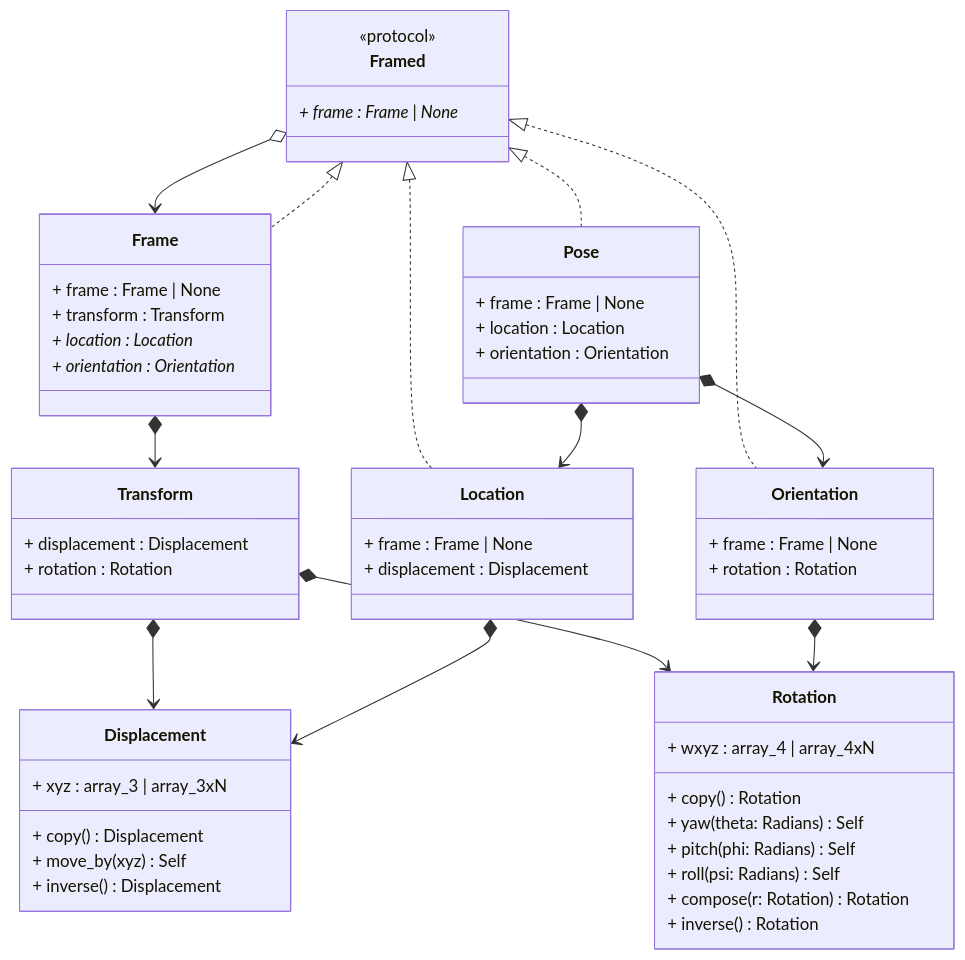
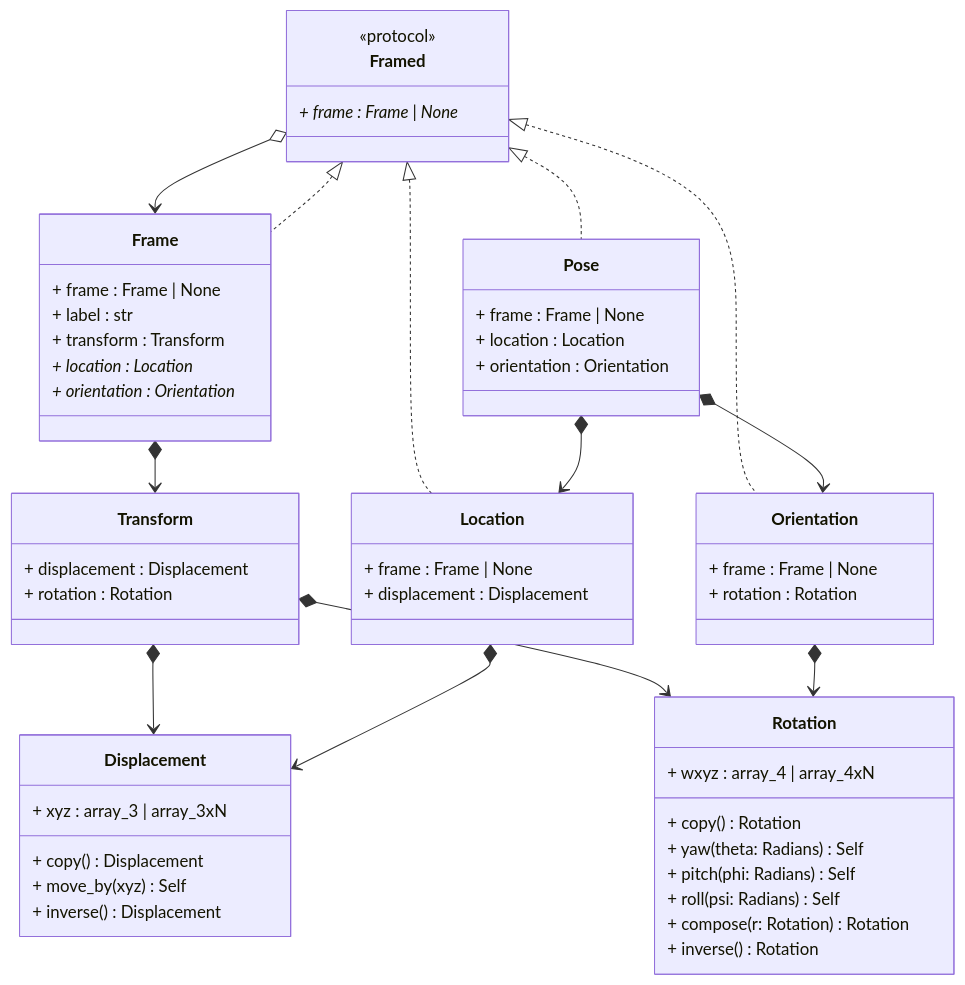
One commit to thousandbrainsproject/tbp.monty changed the diagram in src/tbp/monty/pose.md. Above: the diagram before and after it, drawn with Mermaid.

Commit message:
doc: Frames have labels

````diff
--- a/src/tbp/monty/pose.md
+++ b/src/tbp/monty/pose.md
@@ -3,65 +3,66 @@
 ```mermaid
 classDiagram
     class Transform {
         + displacement : Displacement
         + rotation : Rotation
     }
 
     class Displacement {
         + xyz : array_3 | array_3xN
         + copy() Displacement
         + move_by(xyz) Self
         + inverse() Displacement
     }
 
     class Rotation {
         + wxyz : array_4 | array_4xN
         + copy() Rotation
         + yaw(theta: Radians) Self
         + pitch(phi: Radians) Self
         + roll(psi: Radians) Self
         + compose(r: Rotation) Rotation
         + inverse() Rotation
     }
 
     class Framed {
         <<protocol>>
         + frame : Frame | None*
     }
 
     class Frame {
         + frame : Frame | None
+        + label : str
         + transform : Transform
         + location : Location*
         + orientation : Orientation*
     }
 
     class Pose {
         + frame : Frame | None
         + location : Location
         + orientation : Orientation
     }
 
     class Location {
         + frame : Frame | None
         + displacement : Displacement
     }
 
     class Orientation {
         + frame : Frame | None
         + rotation : Rotation
     }
 
     Transform *--> Displacement
     Transform *--> Rotation
     Framed o--> Frame
     Framed <|.. Frame
     Framed <|.. Pose
     Framed <|.. Location
     Framed <|.. Orientation
     Frame *--> Transform
     Pose *--> Location
     Pose *--> Orientation
     Location *--> Displacement
     Orientation *--> Rotation
 ```
````
